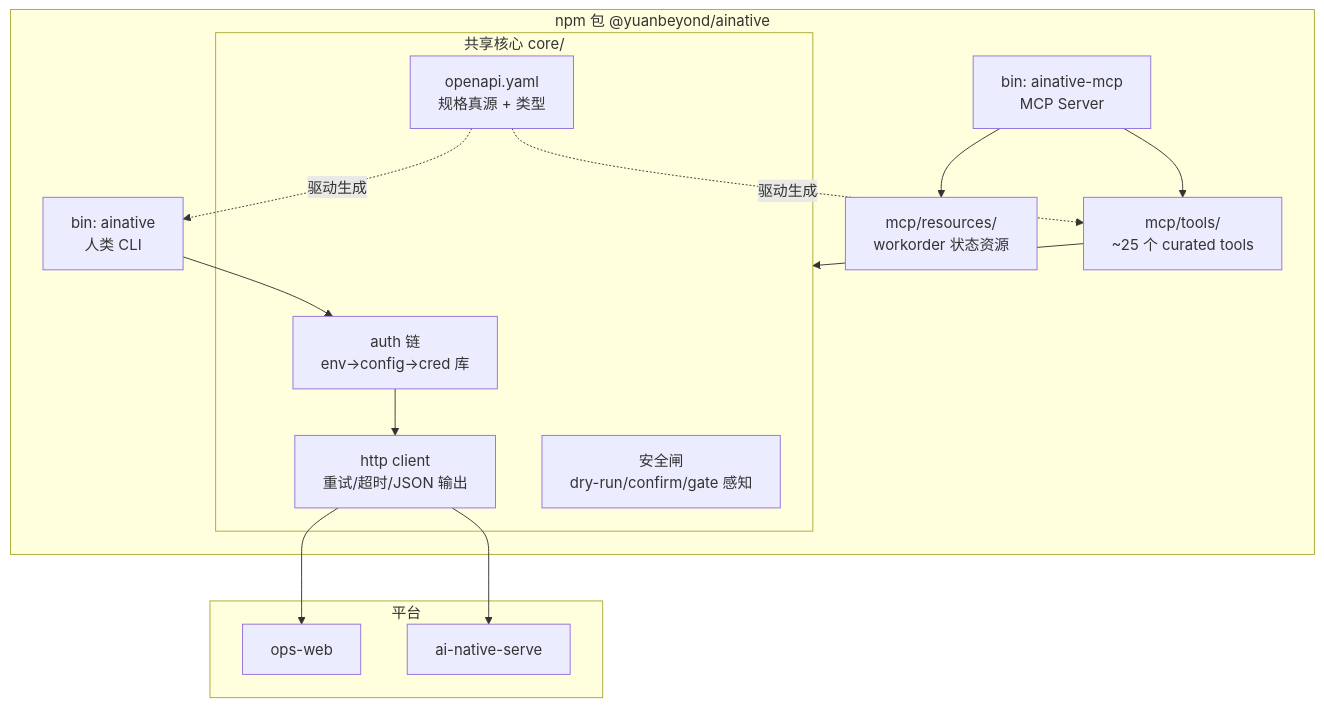
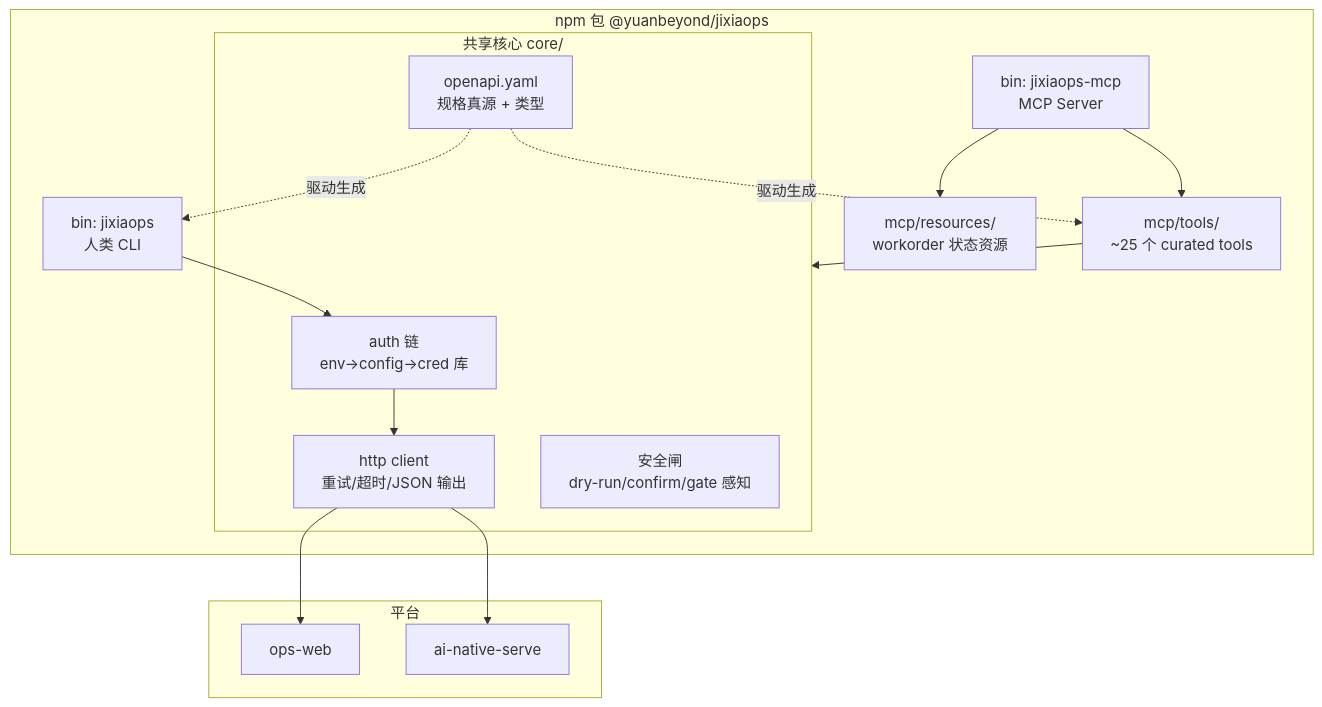
Before and after one commit to huaweicloud-mate/jixiaops-cli: the second of 9 diagrams in docs/agent-plugin-architecture.md, drawn with Mermaid. The commit also changed other lines of this file and 11 other files, not shown here.

First line of the commit message:
v0.5.0: 更名 ainative → jixiaops（包名/bin/配置目录/env，旧环境零迁移）

````diff
--- a/docs/agent-plugin-architecture.md
+++ b/docs/agent-plugin-architecture.md
@@ -89,26 +89,26 @@
 ```mermaid
 flowchart TB
-    subgraph NPM[npm 包 @yuanbeyond/ainative]
-        BIN1[bin: ainative<br/>人类 CLI]
-        BIN2[bin: ainative-mcp<br/>MCP Server]
+    subgraph NPM[npm 包 @yuanbeyond/jixiaops]
+        BIN1[bin: jixiaops<br/>人类 CLI]
+        BIN2[bin: jixiaops-mcp<br/>MCP Server]
         subgraph CORE[共享核心 core/]
             AUTH[auth 链<br/>env→config→cred 库]
             HTTP[http client<br/>重试/超时/JSON 输出]
             SPEC[openapi.yaml<br/>规格真源 + 类型]
             GUARD[安全闸<br/>dry-run/confirm/gate 感知]
         end
         TOOLS[mcp/tools/<br/>~25 个 curated tools]
         RES[mcp/resources/<br/>workorder 状态资源]
     end
     subgraph 平台
         OW[ops-web]
         SV[ai-native-serve]
     end
     BIN1 --> AUTH --> HTTP
     BIN2 --> TOOLS --> CORE
     BIN2 --> RES
     SPEC -.驱动生成.-> TOOLS
     SPEC -.驱动生成.-> BIN1
     HTTP --> OW
     HTTP --> SV
 ```
````
